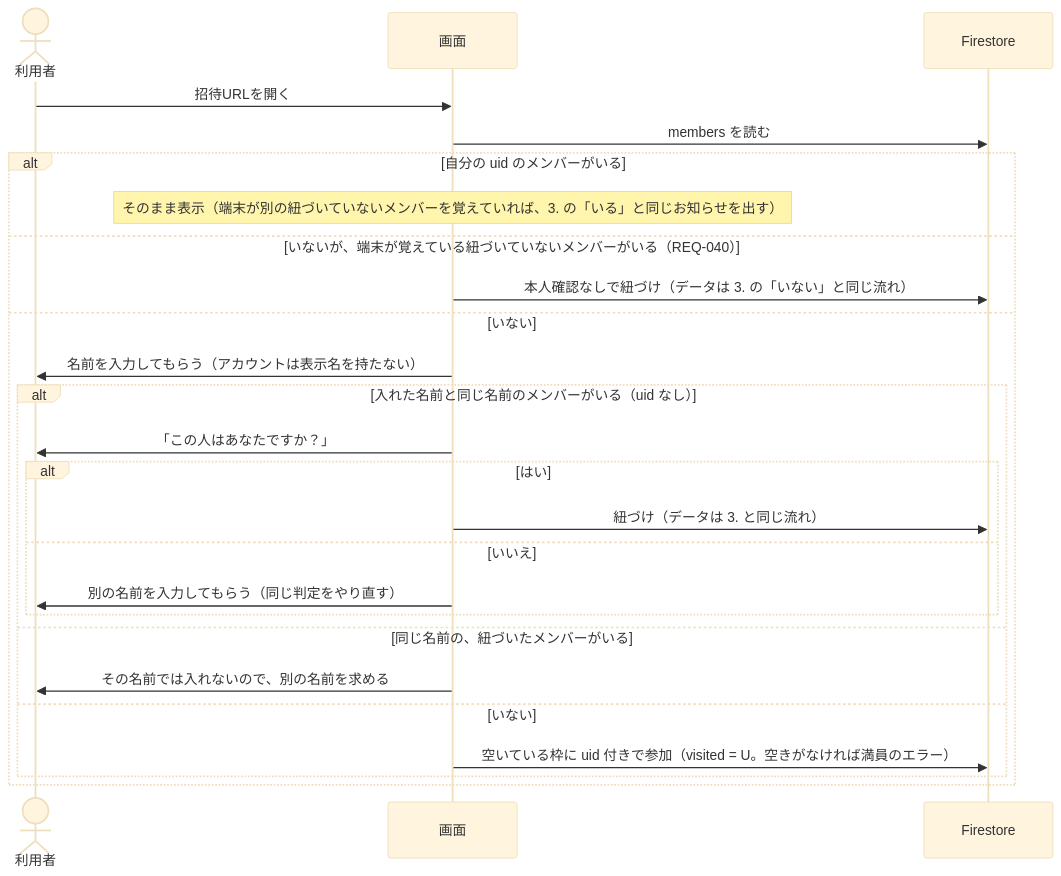
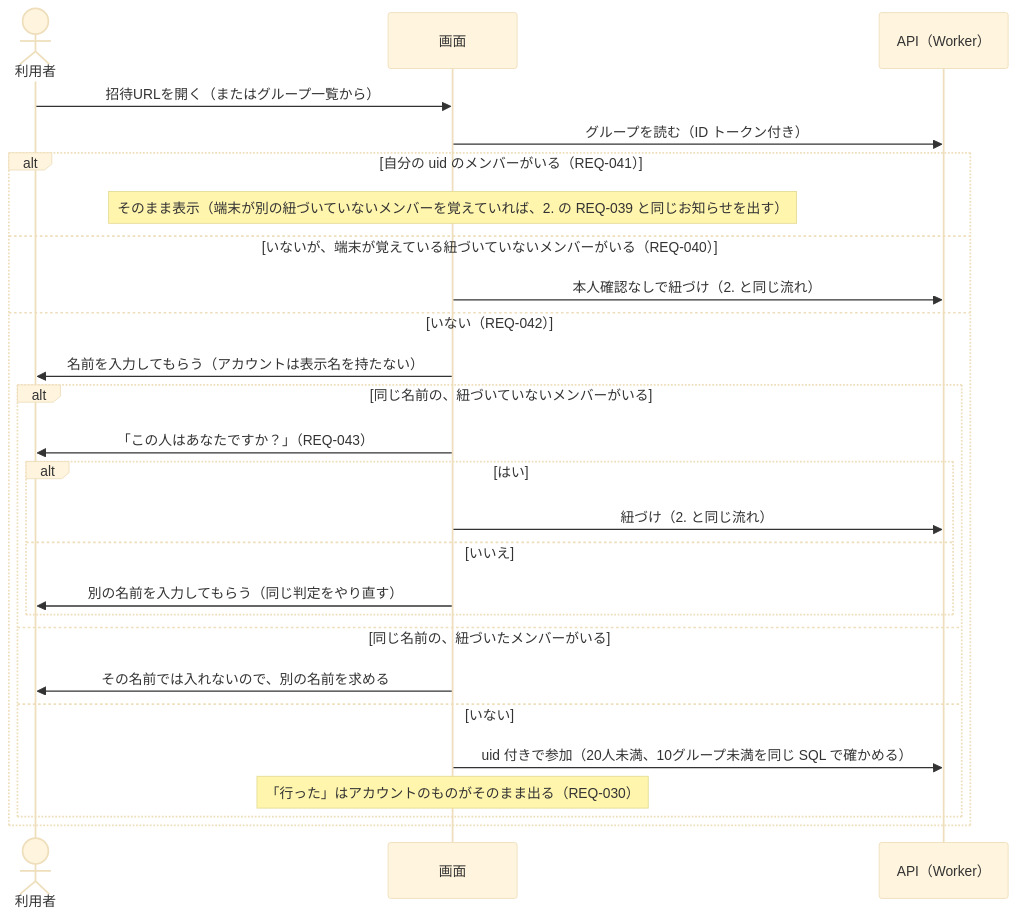
The third of 4 diagrams in docs/design/auth-flow.md (yuppy52/tabikaigi-map), drawn with Mermaid (base theme) before and after one commit. The commit also changed other lines of this file and 7 other files, not shown here.

First line of the commit message:
architecture・auth-flow を案 C で書き直し、案 A の言葉を整理

````diff
--- a/docs/design/auth-flow.md
+++ b/docs/design/auth-flow.md
@@ -120,28 +113,29 @@
 ```mermaid
 sequenceDiagram
   actor U as 利用者
   participant App as 画面
-  participant DB as Firestore
+  participant API as API（Worker）
 
-  U->>App: 招待URLを開く
-  App->>DB: members を読む
-  alt 自分の uid のメンバーがいる
-    Note over App: そのまま表示（端末が別の紐づいていないメンバーを覚えていれば、3. の「いる」と同じお知らせを出す）
+  U->>App: 招待URLを開く（またはグループ一覧から）
+  App->>API: グループを読む（ID トークン付き）
+  alt 自分の uid のメンバーがいる（REQ-041）
+    Note over App: そのまま表示（端末が別の紐づいていないメンバーを覚えていれば、2. の REQ-039 と同じお知らせを出す）
   else いないが、端末が覚えている紐づいていないメンバーがいる（REQ-040）
-    App->>DB: 本人確認なしで紐づけ（データは 3. の「いない」と同じ流れ）
-  else いない
+    App->>API: 本人確認なしで紐づけ（2. と同じ流れ）
+  else いない（REQ-042）
     App->>U: 名前を入力してもらう（アカウントは表示名を持たない）
-    alt 入れた名前と同じ名前のメンバーがいる（uid なし）
-      App->>U: 「この人はあなたですか？」
+    alt 同じ名前の、紐づいていないメンバーがいる
+      App->>U: 「この人はあなたですか？」（REQ-043）
       alt はい
-        App->>DB: 紐づけ（データは 3. と同じ流れ）
+        App->>API: 紐づけ（2. と同じ流れ）
       else いいえ
         App->>U: 別の名前を入力してもらう（同じ判定をやり直す）
       end
     else 同じ名前の、紐づいたメンバーがいる
       App->>U: その名前では入れないので、別の名前を求める
     else いない
-      App->>DB: 空いている枠に uid 付きで参加（visited = U。空きがなければ満員のエラー）
+      App->>API: uid 付きで参加（20人未満、10グループ未満を同じ SQL で確かめる）
+      Note over App: 「行った」はアカウントのものがそのまま出る（REQ-030）
     end
   end
 ```
````
